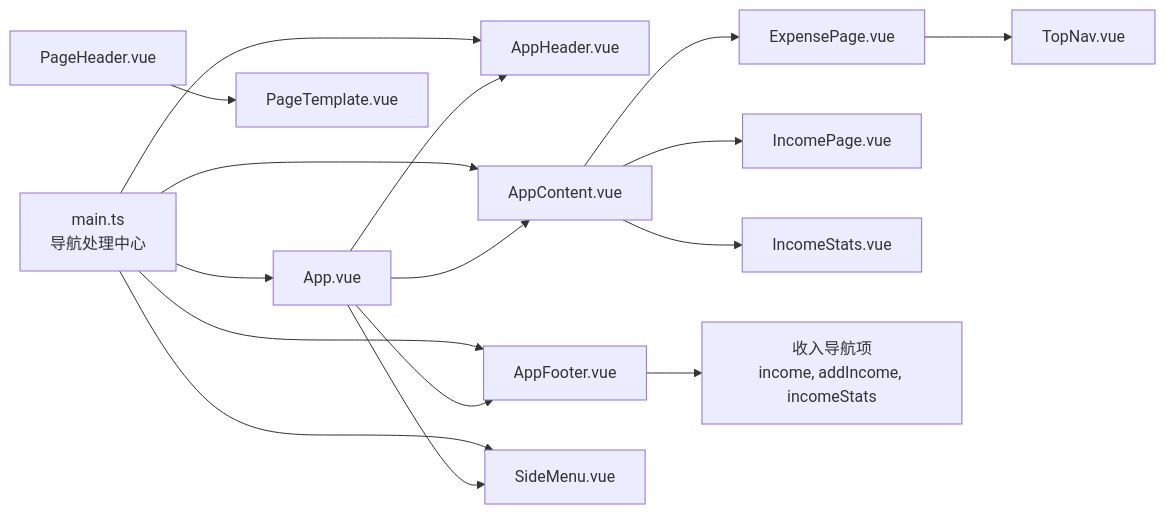
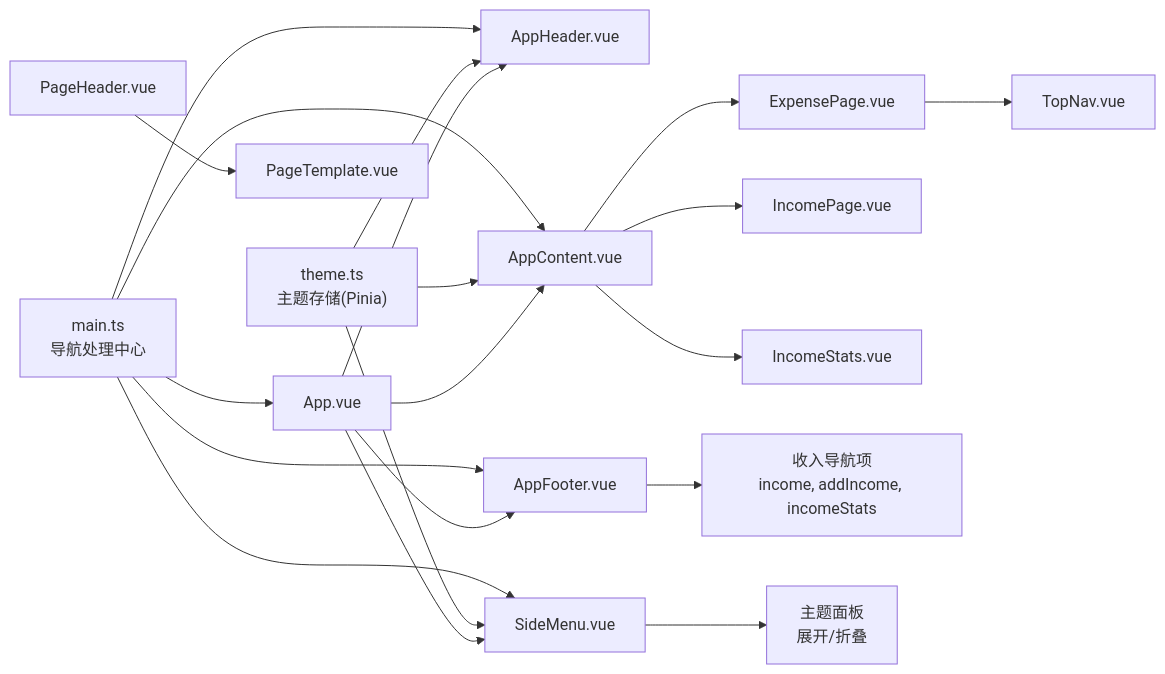
The eighth of 8 diagrams in .qoder/repowiki/zh/content/UI组件/导航组件.md (xiao-lin-unit/yuan), drawn with Mermaid before and after one commit. The commit also changed other lines of this file and 7 other files, not shown here.

````diff
--- a/.qoder/repowiki/zh/content/UI组件/导航组件.md
+++ b/.qoder/repowiki/zh/content/UI组件/导航组件.md
@@ -408,18 +484,22 @@
 ```mermaid
 graph LR
 Main["main.ts<br/>导航处理中心"] --> App["App.vue"]
 Main --> AH["AppHeader.vue"]
 Main --> AC["AppContent.vue"]
 Main --> AF["AppFooter.vue"]
 Main --> SM["SideMenu.vue"]
+TS["theme.ts<br/>主题存储(Pinia)"] --> SM
+TS --> AH
+TS --> AC
 App --> AH
 App --> AC
 App --> AF
 App --> SM
 AC --> EP["ExpensePage.vue"]
 AC --> IP["IncomePage.vue"]
 AC --> AS["IncomeStats.vue"]
 EP --> TN["TopNav.vue"]
 PH["PageHeader.vue"] --> PT["PageTemplate.vue"]
 AF --> IN["收入导航项<br/>income, addIncome, incomeStats"]
+SM --> TP["主题面板<br/>展开/折叠"]
 ```
````
